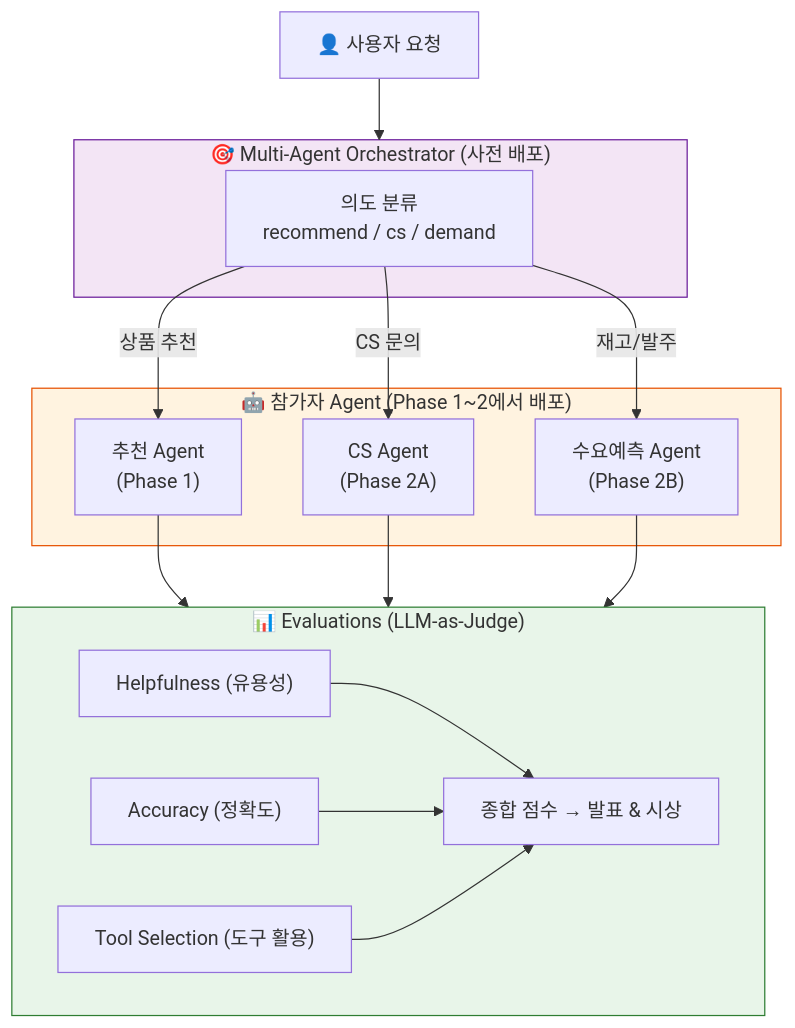
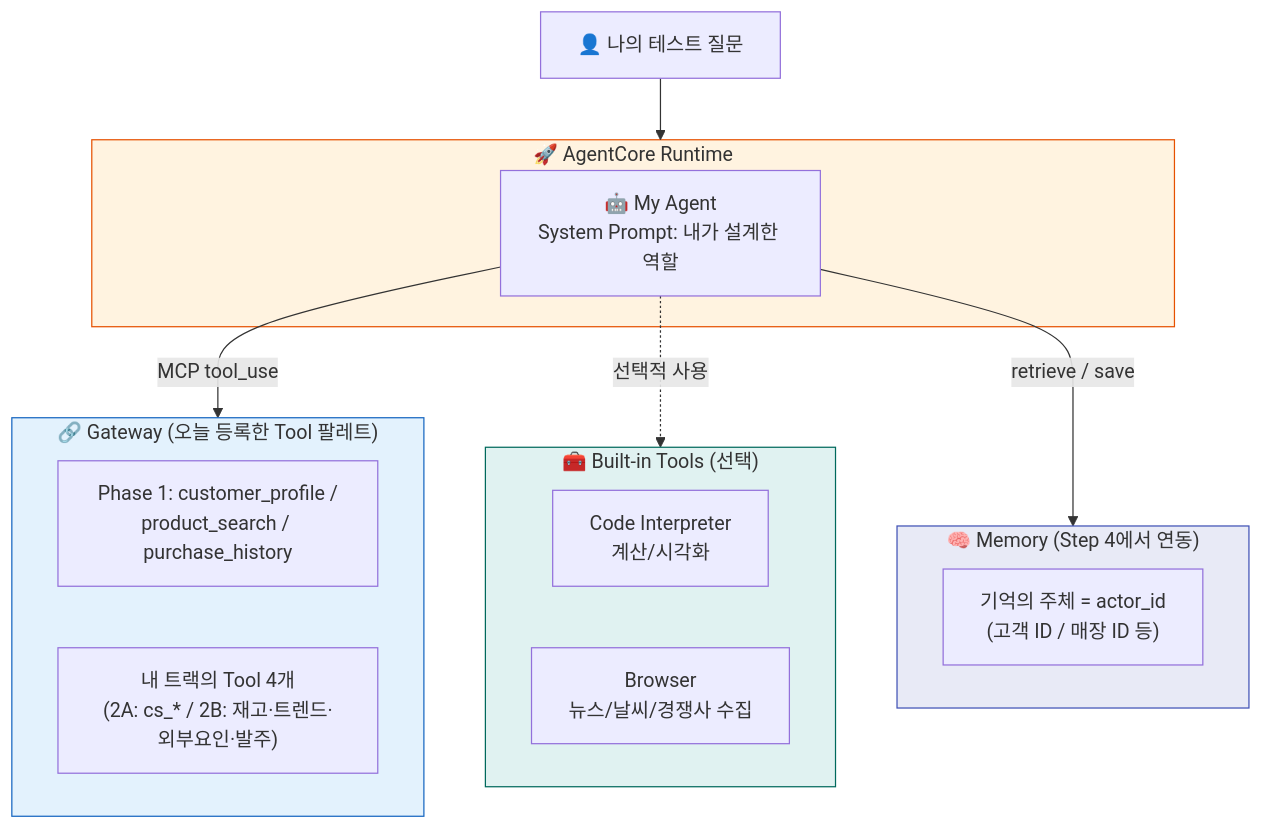
The diagram in docs/phase3/index.md (kjhyuok/rcg-agentcore-workshop-guide), drawn with Mermaid before and after one commit. The commit also changed other lines of this file and 28 other files, not shown here.

````diff
--- a/docs/phase3/index.md
+++ b/docs/phase3/index.md
@@ -30,32 +31,32 @@
 ```mermaid
 graph TB
-    U["👤 사용자 요청"]
+    U["👤 나의 테스트 질문"]
 
-    subgraph ORCH["🎯 Multi-Agent Orchestrator (사전 배포)"]
-        CL["의도 분류<br/>recommend / cs / demand"]
+    subgraph RT["🚀 AgentCore Runtime"]
+        AG["🤖 My Agent<br/>System Prompt: 내가 설계한 역할"]
     end
 
-    subgraph AGENTS["🤖 참가자 Agent (Phase 1~2에서 배포)"]
-        A1["추천 Agent<br/>(Phase 1)"]
-        A2["CS Agent<br/>(Phase 2A)"]
-        A3["수요예측 Agent<br/>(Phase 2B)"]
+    subgraph GW["🔗 Gateway (오늘 등록한 Tool 팔레트)"]
+        T1["Phase 1: customer_profile /<br/>product_search / purchase_history"]
+        T2["내 트랙의 Tool 4개<br/>(2A: cs_* / 2B: 재고·트렌드·외부요인·발주)"]
     end
 
-    subgraph EVAL["📊 Evaluations (LLM-as-Judge)"]
-        E1["Helpfulness (유용성)"]
-        E2["Accuracy (정확도)"]
-        E3["Tool Selection (도구 활용)"]
-        SC["종합 점수 → 발표 & 시상"]
+    subgraph BI["🧰 Built-in Tools (선택)"]
+        CI["Code Interpreter<br/>계산/시각화"]
+        BR["Browser<br/>뉴스/날씨/경쟁사 수집"]
     end
 
-    U --> ORCH
-    CL -->|"상품 추천"| A1
-    CL -->|"CS 문의"| A2
-    CL -->|"재고/발주"| A3
-    A1 & A2 & A3 --> EVAL
-    E1 & E2 & E3 --> SC
+    subgraph ME["🧠 Memory (Step 4에서 연동)"]
+        MR["기억의 주체 = actor_id<br/>(고객 ID / 매장 ID 등)"]
+    end
 
-    style ORCH fill:#f3e5f5,stroke:#6a1b9a
-    style AGENTS fill:#fff3e0,stroke:#e65100
-    style EVAL fill:#e8f5e9,stroke:#2e7d32
+    U --> RT
+    AG -->|MCP tool_use| GW
+    AG -.->|선택적 사용| BI
+    AG -->|retrieve / save| ME
+
+    style RT fill:#fff3e0,stroke:#e65100
+    style GW fill:#e3f2fd,stroke:#1565c0
+    style BI fill:#e0f2f1,stroke:#00695c
+    style ME fill:#e8eaf6,stroke:#3f51b5
 ```
````
